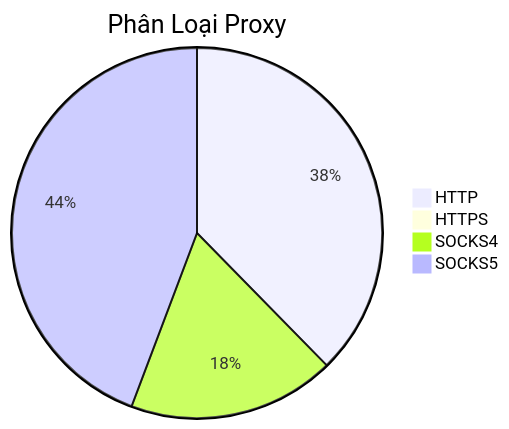
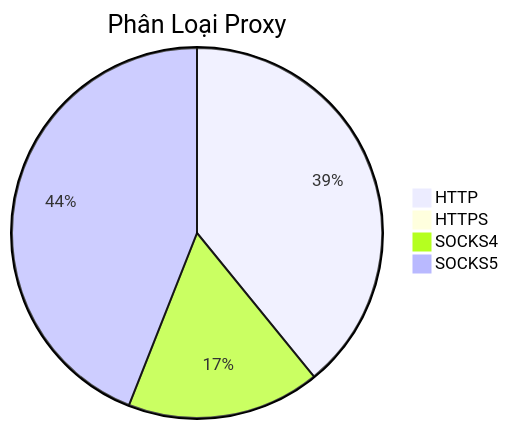
Before and after one commit to Ciara-12/PROXY-free: the diagram in README.md, drawn with Mermaid. The commit also changed other lines of this file and 4 other files, not shown here.

````diff
--- a/README.md
+++ b/README.md
@@ -26,7 +26,7 @@
 ```mermaid
 pie title Phân Loại Proxy
-    "HTTP" : 708
-    "HTTPS" : 2
-    "SOCKS4" : 340
-    "SOCKS5" : 832
+    "HTTP" : 712
+    "HTTPS" : 3
+    "SOCKS4" : 307
+    "SOCKS5" : 801
 ```
````
